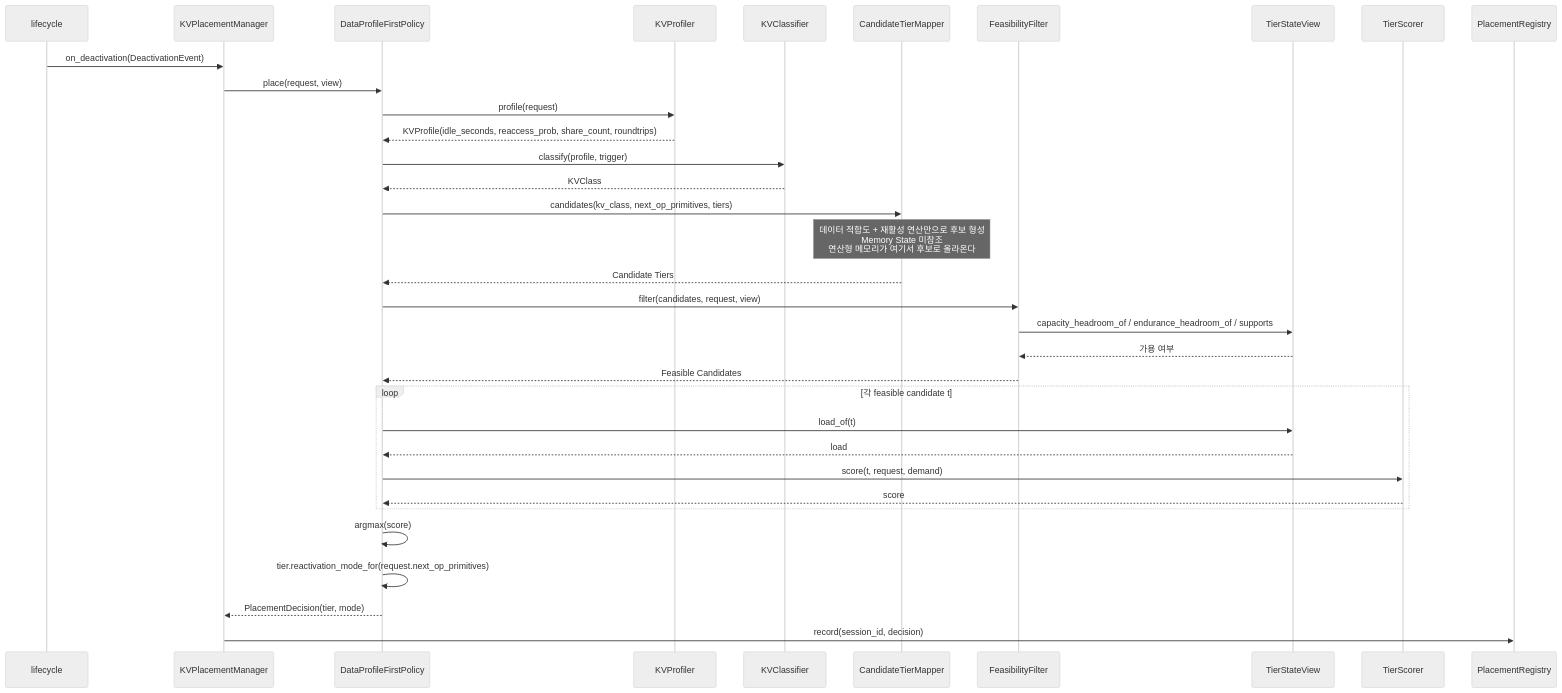
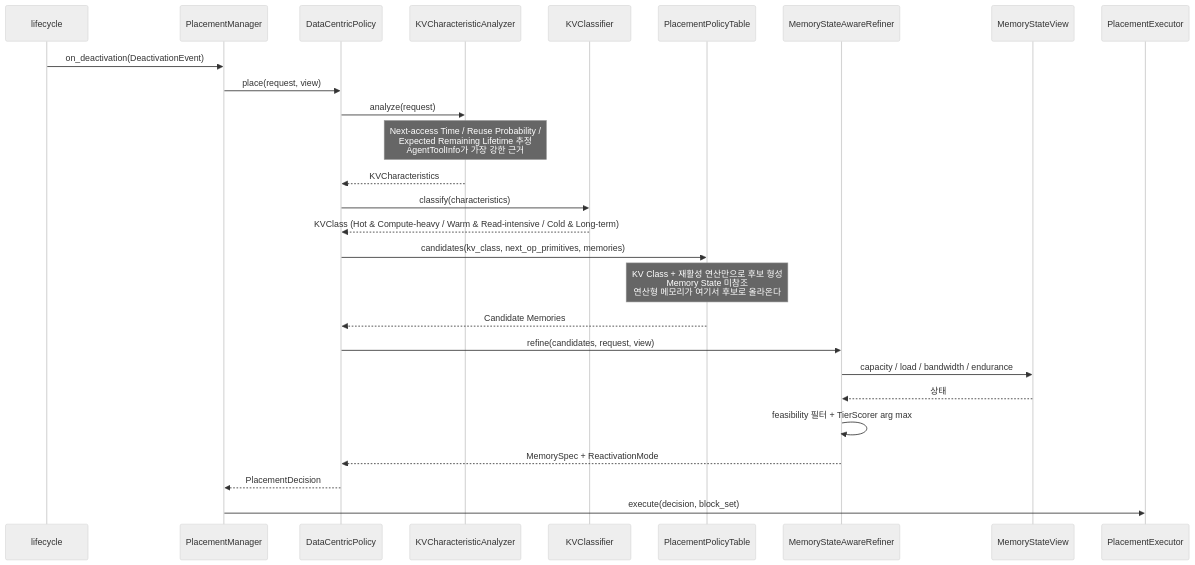
One commit to mkim0628/vllm changed the seventh of 9 diagrams in doc-architect/dp1-implementation-uml.md. Above: the diagram before and after it, drawn with Mermaid (neutral theme). The commit also changed other lines of this file and 2 other files, not shown here.

First line of the commit message:
docs(dp1): fix the memory set, split attention from FFN, name the KV attributes

````diff
--- a/doc-architect/dp1-implementation-uml.md
+++ b/doc-architect/dp1-implementation-uml.md
@@ -405,41 +481,34 @@
 ```mermaid
 sequenceDiagram
     participant LC as lifecycle
-    participant Mgr as KVPlacementManager
-    participant Pol as DataProfileFirstPolicy
-    participant Prof as KVProfiler
+    participant Mgr as PlacementManager
+    participant Pol as DataCentricPolicy
+    participant Ana as KVCharacteristicAnalyzer
     participant Cls as KVClassifier
-    participant Map as CandidateTierMapper
-    participant Feas as FeasibilityFilter
-    participant View as TierStateView
-    participant Scorer as TierScorer
-    participant Reg as PlacementRegistry
+    participant Tbl as PlacementPolicyTable
+    participant Ref as MemoryStateAwareRefiner
+    participant View as MemoryStateView
+    participant Exec as PlacementExecutor
 
     LC->>Mgr: on_deactivation(DeactivationEvent)
     Mgr->>Pol: place(request, view)
 
-    Pol->>Prof: profile(request)
-    Prof-->>Pol: KVProfile(idle_seconds, reaccess_prob, share_count, roundtrips)
-    Pol->>Cls: classify(profile, trigger)
-    Cls-->>Pol: KVClass
+    Pol->>Ana: analyze(request)
+    Note over Ana: Next-access Time / Reuse Probability /<br/>Expected Remaining Lifetime 추정<br/>AgentToolInfo가 가장 강한 근거
+    Ana-->>Pol: KVCharacteristics
 
-    Pol->>Map: candidates(kv_class, next_op_primitives, tiers)
-    Note over Map: 데이터 적합도 + 재활성 연산만으로 후보 형성<br/>Memory State 미참조<br/>연산형 메모리가 여기서 후보로 올라온다
-    Map-->>Pol: Candidate Tiers
+    Pol->>Cls: classify(characteristics)
+    Cls-->>Pol: KVClass (Hot & Compute-heavy / Warm & Read-intensive / Cold & Long-term)
 
-    Pol->>Feas: filter(candidates, request, view)
-    Feas->>View: capacity_headroom_of / endurance_headroom_of / supports
-    View-->>Feas: 가용 여부
-    Feas-->>Pol: Feasible Candidates
+    Pol->>Tbl: candidates(kv_class, next_op_primitives, memories)
+    Note over Tbl: KV Class + 재활성 연산만으로 후보 형성<br/>Memory State 미참조<br/>연산형 메모리가 여기서 후보로 올라온다
+    Tbl-->>Pol: Candidate Memories
 
-    loop 각 feasible candidate t
-        Pol->>View: load_of(t)
-        View-->>Pol: load
-        Pol->>Scorer: score(t, request, demand)
-        Scorer-->>Pol: score
-    end
-    Pol->>Pol: argmax(score)
-    Pol->>Pol: tier.reactivation_mode_for(request.next_op_primitives)
-    Pol-->>Mgr: PlacementDecision(tier, mode)
-    Mgr->>Reg: record(session_id, decision)
+    Pol->>Ref: refine(candidates, request, view)
+    Ref->>View: capacity / load / bandwidth / endurance
+    View-->>Ref: 상태
+    Ref->>Ref: feasibility 필터 + TierScorer arg max
+    Ref-->>Pol: MemorySpec + ReactivationMode
+    Pol-->>Mgr: PlacementDecision
+    Mgr->>Exec: execute(decision, block_set)
 ```
````
